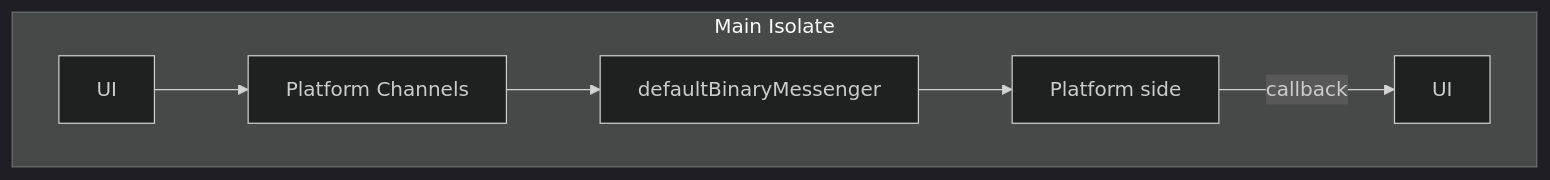
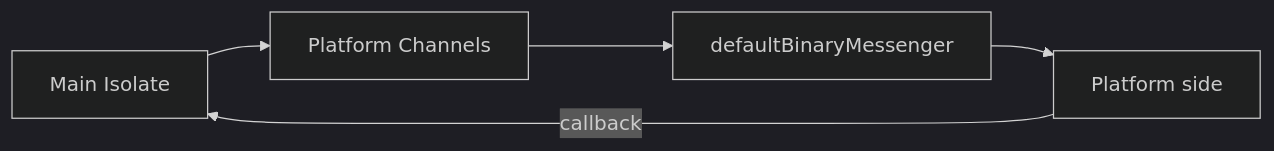
The second of 2 diagrams in slide/pages/journey_platform-specific_APIs.md (sensuikan1973/flutter_expensive_native_embedding_journey), drawn with Mermaid (dark theme) before and after one commit.

````diff
--- a/slide/pages/journey_platform-specific_APIs.md
+++ b/slide/pages/journey_platform-specific_APIs.md
@@ -66,9 +66,7 @@
 ```mermaid
-flowchart TB
-    subgraph S["Main#32;Isolate"]
-        U1["UI"] --> P["Platform#32;Channels"]
-        P --> D["defaultBinaryMessenger"]
-        D --> P2["Platform side"]
-        P2 -->|callback| U2["UI"]
-    end
+flowchart LR
+    U1["Main#32;Isolate"] --> P["Platform#32;Channels"]
+    P --> D["defaultBinaryMessenger"]
+    D --> P2["Platform side"]
+    P2 -->|callback| U1
 ```
````
